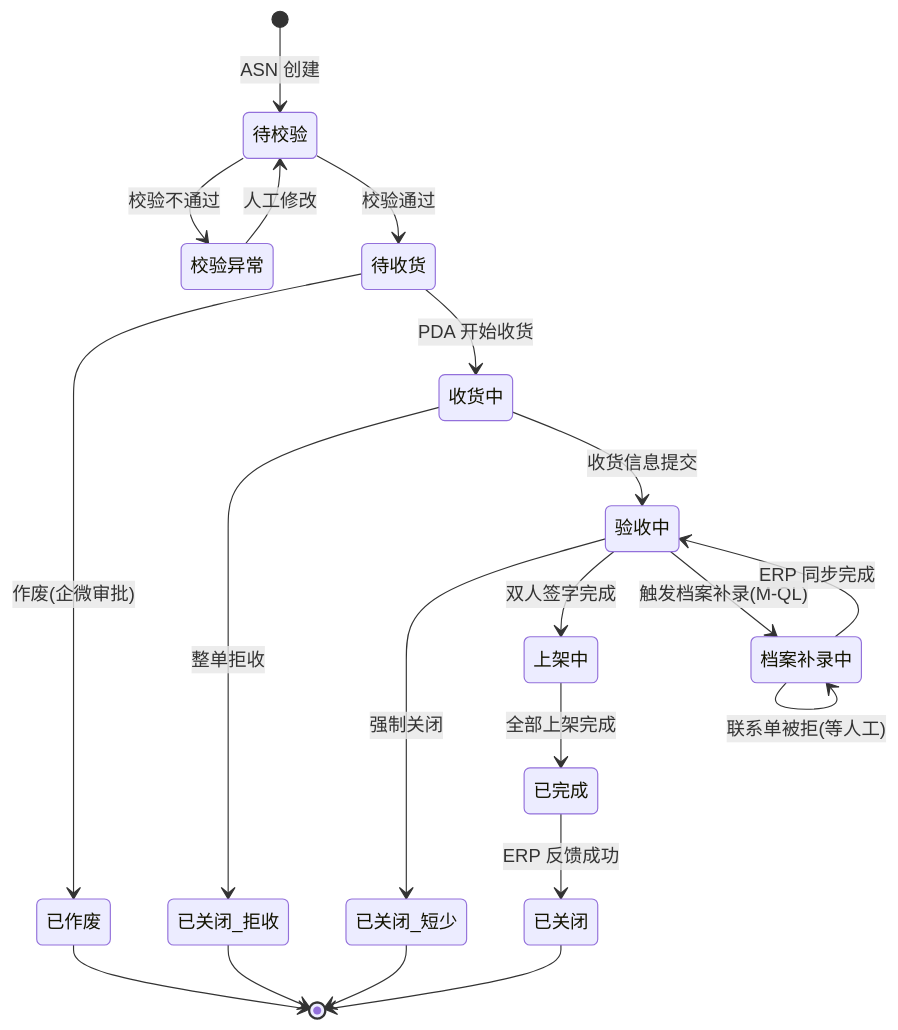
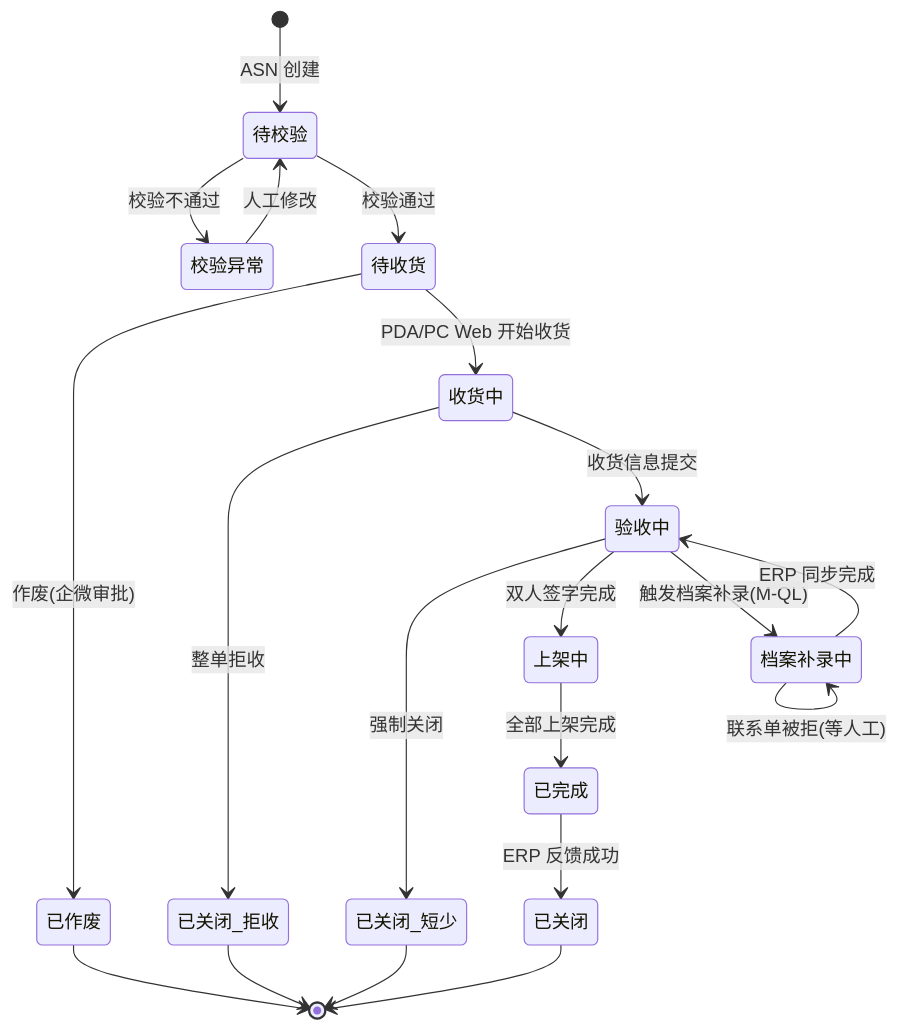
The diagram in docs/domain/user-stories-m2-inbound-asn.md (births3/wms), drawn with Mermaid before and after one commit. The commit also changed other lines of this file and 6 other files, not shown here.

````diff
--- a/docs/domain/user-stories-m2-inbound-asn.md
+++ b/docs/domain/user-stories-m2-inbound-asn.md
@@ -14,22 +14,22 @@
     ```mermaid
     stateDiagram-v2
         [*] --> 待校验 : ASN 创建
         待校验 --> 校验异常 : 校验不通过
         校验异常 --> 待校验 : 人工修改
         待校验 --> 待收货 : 校验通过
-        待收货 --> 收货中 : PDA 开始收货
+        待收货 --> 收货中 : PDA/PC Web 开始收货
         待收货 --> 已作废 : 作废(企微审批)
         收货中 --> 验收中 : 收货信息提交
         收货中 --> 已关闭_拒收 : 整单拒收
         验收中 --> 上架中 : 双人签字完成
         验收中 --> 已关闭_短少 : 强制关闭
         验收中 --> 档案补录中 : 触发档案补录(M-QL)
         档案补录中 --> 验收中 : ERP 同步完成
         档案补录中 --> 档案补录中 : 联系单被拒(等人工)
         上架中 --> 已完成 : 全部上架完成
         已完成 --> 已关闭 : ERP 反馈成功
         已作废 --> [*]
         已关闭_拒收 --> [*]
         已关闭_短少 --> [*]
         已关闭 --> [*]
     ```
````
